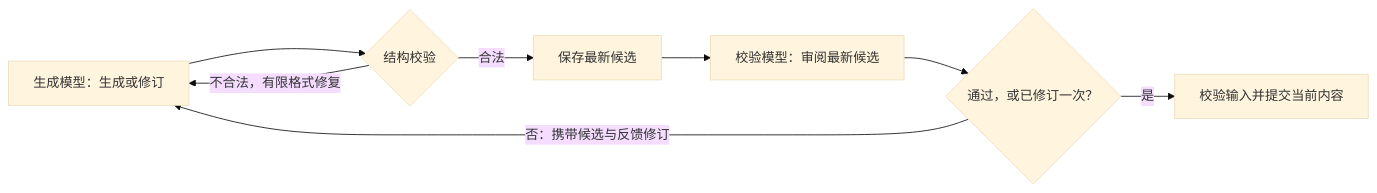
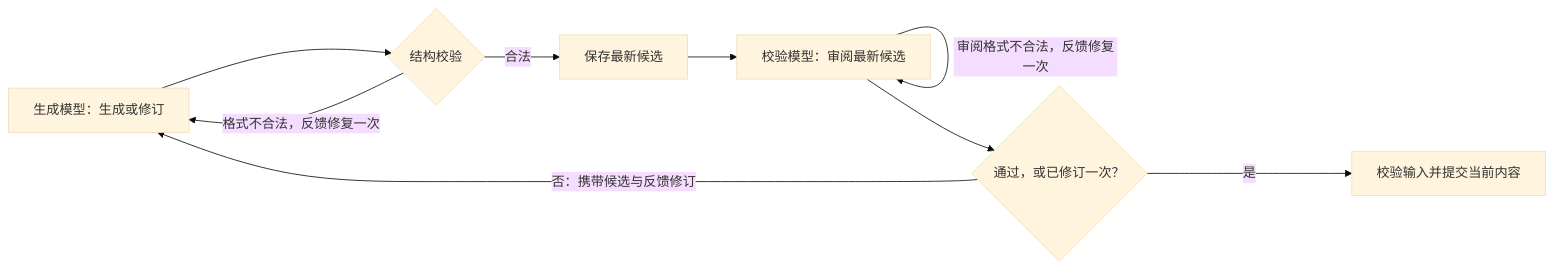
The third of 3 diagrams in docs/short_video/architecture.md (thisHobart/NovelWriter), drawn with Mermaid (base theme) before and after one commit. The commit also changed other lines of this file and 18 other files, not shown here.

Commit message:
feat(short-video): validate review reports with JSON Schema

````diff
--- a/docs/short_video/architecture.md
+++ b/docs/short_video/architecture.md
@@ -70,10 +70,11 @@
 ```mermaid
 flowchart LR
     G[生成模型：生成或修订] --> V{结构校验}
-    V -->|不合法，有限格式修复| G
+    V -->|格式不合法，反馈修复一次| G
     V -->|合法| S[保存最新候选]
     S --> R[校验模型：审阅最新候选]
+    R -->|审阅格式不合法，反馈修复一次| R
     R --> D{通过，或已修订一次？}
     D -->|否：携带候选与反馈修订| G
     D -->|是| C[校验输入并提交当前内容]
 ```
````
